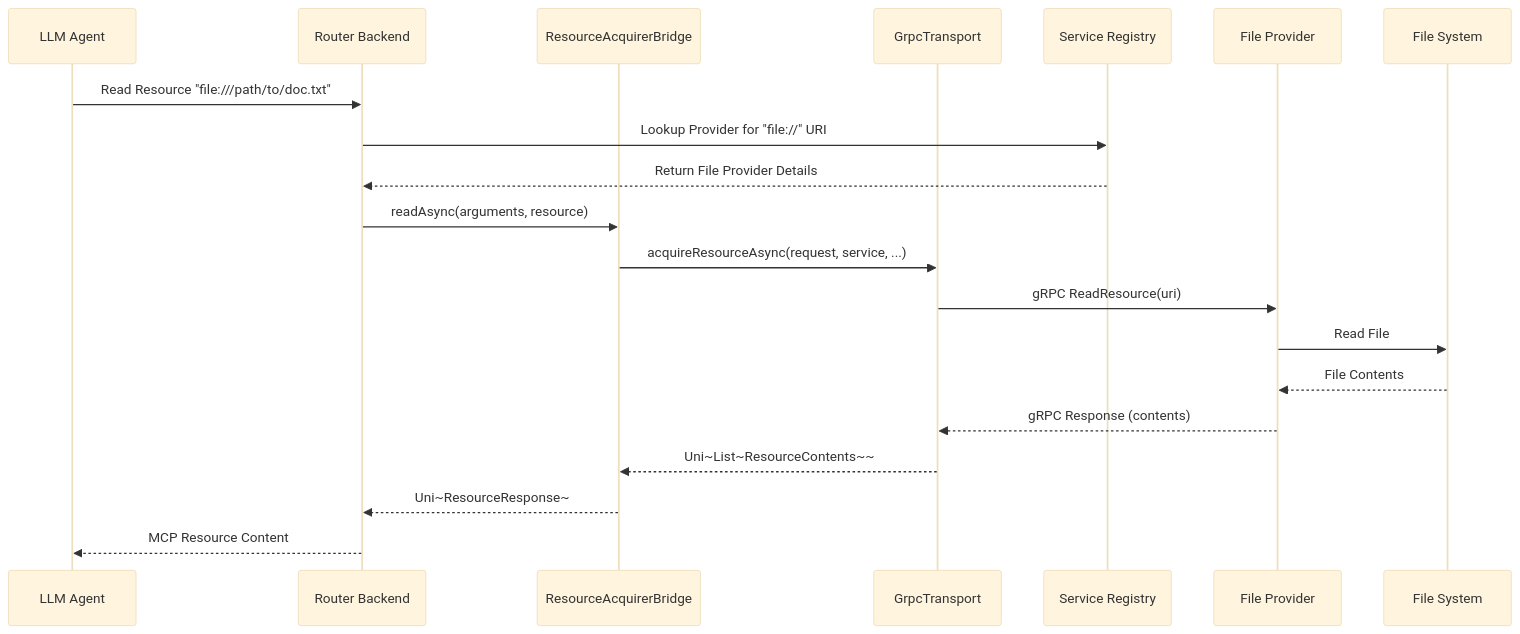
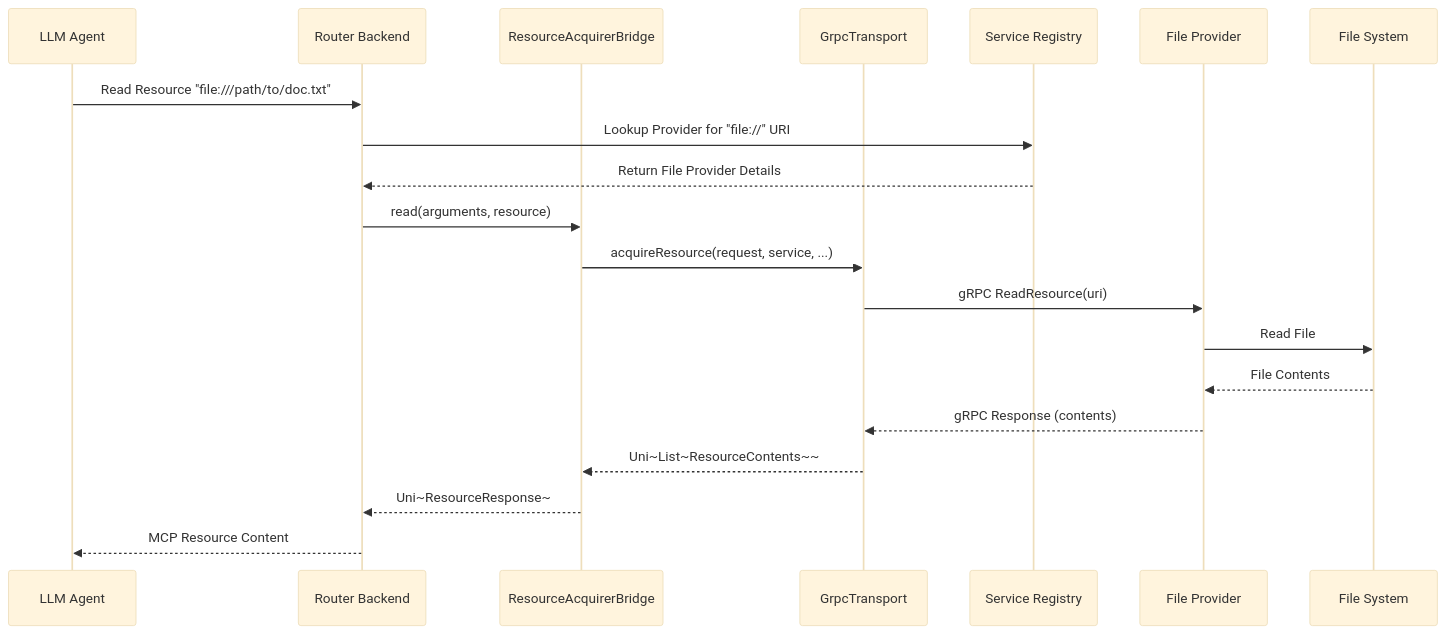
Before and after one commit to wanaku-ai/wanaku: the fourth of 11 diagrams in docs/architecture.md, drawn with Mermaid (base theme). The commit also changed other lines of this file and 4 other files, not shown here.

````diff
--- a/docs/architecture.md
+++ b/docs/architecture.md
@@ -213,23 +213,23 @@
 ```mermaid
 sequenceDiagram
     participant LLM as LLM Agent
     participant Router as Router Backend
     participant Bridge as ResourceAcquirerBridge
     participant Transport as GrpcTransport
     participant Registry as Service Registry
     participant FileProv as File Provider
     participant FS as File System
 
     LLM->>Router: Read Resource "file:///path/to/doc.txt"
     Router->>Registry: Lookup Provider for "file://" URI
     Registry-->>Router: Return File Provider Details
-    Router->>Bridge: readAsync(arguments, resource)
-    Bridge->>Transport: acquireResourceAsync(request, service, ...)
+    Router->>Bridge: read(arguments, resource)
+    Bridge->>Transport: acquireResource(request, service, ...)
     Transport->>FileProv: gRPC ReadResource(uri)
     FileProv->>FS: Read File
     FS-->>FileProv: File Contents
     FileProv-->>Transport: gRPC Response (contents)
     Transport-->>Bridge: Uni~List~ResourceContents~~
     Bridge-->>Router: Uni~ResourceResponse~
     Router-->>LLM: MCP Resource Content
 ```
````
